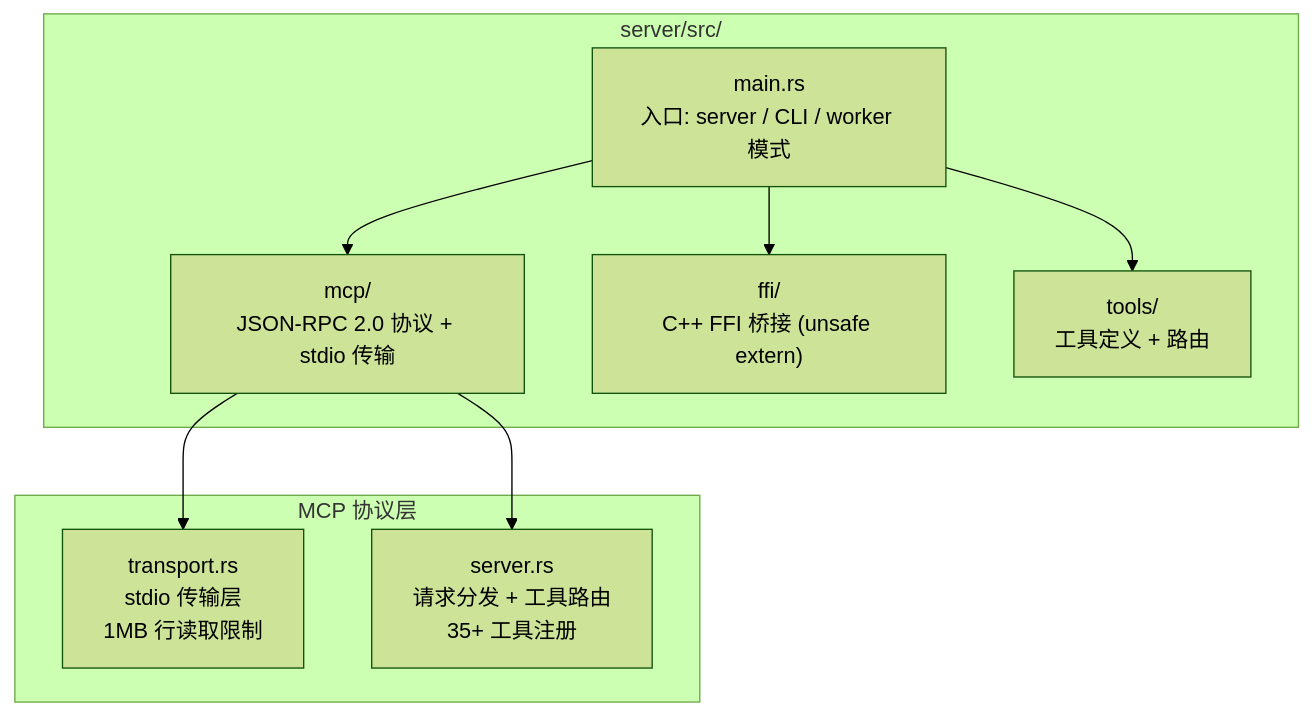
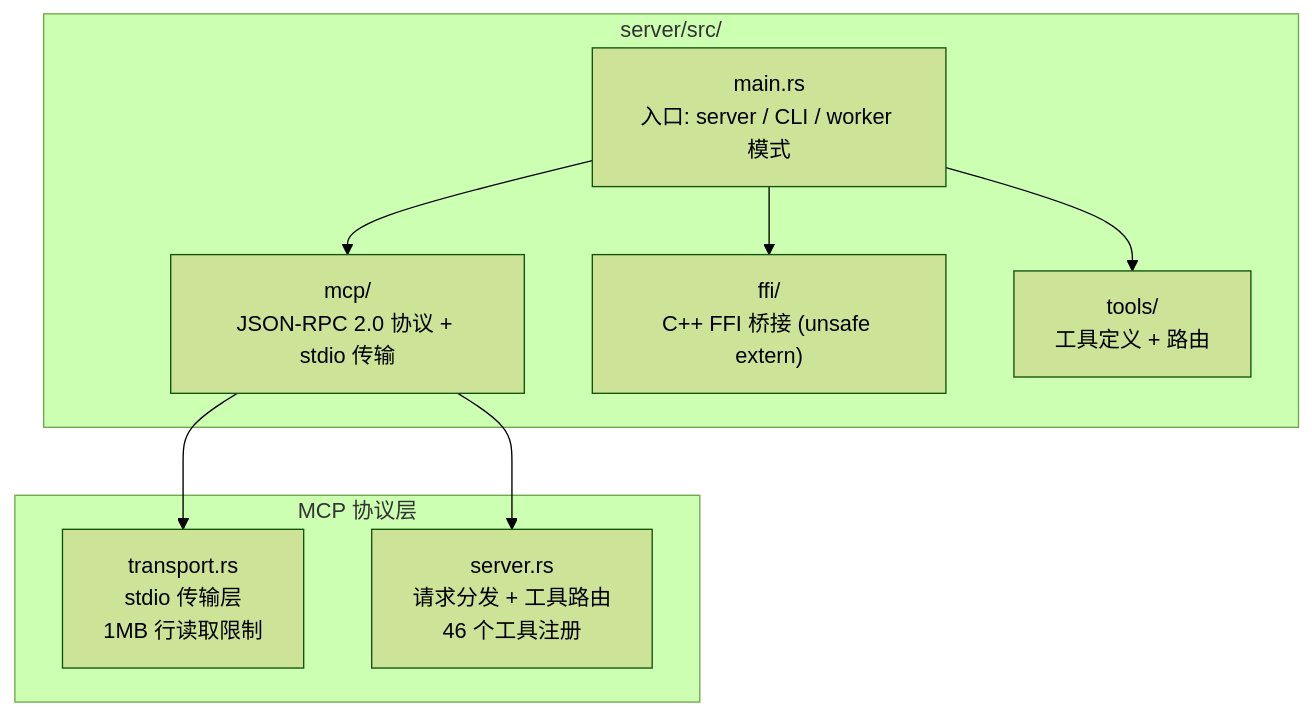
One commit to Timwood0x10/CodeScope changed the fourth of 11 diagrams in docs/zh/technical_breakdown.md. Above: the diagram before and after it, drawn with Mermaid (forest theme). The commit also changed other lines of this file and 37 other files, not shown here.

````diff
--- a/docs/zh/technical_breakdown.md
+++ b/docs/zh/technical_breakdown.md
@@ -204,20 +201,20 @@
 ```mermaid
 flowchart TB
     subgraph "server/src/"
         Main["main.rs<br/>入口: server / CLI / worker 模式"]
         MCP["mcp/<br/>JSON-RPC 2.0 协议 + stdio 传输"]
         FFI["ffi/<br/>C++ FFI 桥接 (unsafe extern)"]
         Tools["tools/<br/>工具定义 + 路由"]
     end
 
     subgraph "MCP 协议层"
         Transport["transport.rs<br/>stdio 传输层<br/>1MB 行读取限制"]
-        Server["server.rs<br/>请求分发 + 工具路由<br/>35+ 工具注册"]
+        Server["server.rs<br/>请求分发 + 工具路由<br/>46 个工具注册"]
     end
 
     Main --> MCP
     Main --> FFI
     Main --> Tools
     MCP --> Transport
     MCP --> Server
 ```
````
